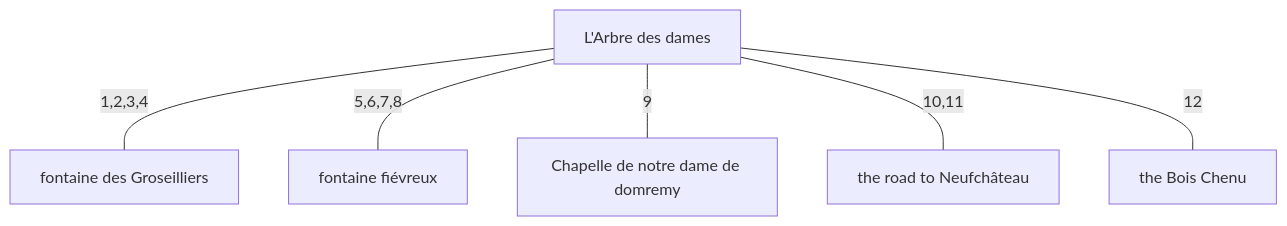
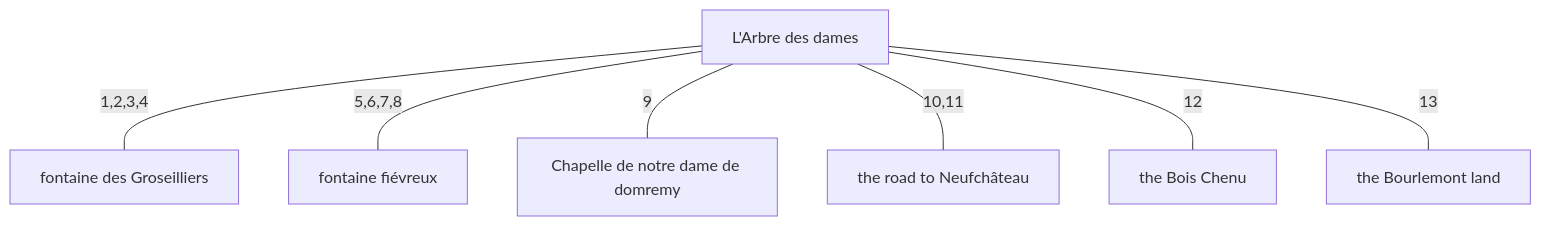
The diagram in breakout/combined.md (kitty-catt/the-location-of-the-arbre-des-dames-and-the-spring-of-joan-of-arc), drawn with Mermaid before and after one commit. The commit also changed other lines of this file and 2 other files, not shown here.

````diff
--- a/breakout/combined.md
+++ b/breakout/combined.md
@@ -20,15 +21,17 @@
 ```mermaid
 graph TD
     N1["L'Arbre des dames"]
     N2["Chapelle de notre dame de domremy"]
     N5["fontaine fiévreux"]
     N6["fontaine des Groseilliers"]
     N7["the road to Neufchâteau"]
     N11["the Bois Chenu"]
+    N15["the Bourlemont land"]
 
     N1 -- "1,2,3,4" --- N6
     N1 -- "5,6,7,8" --- N5
     N1 -- "9" --- N2
     N1 -- "10,11" --- N7
     N1 -- "12" --- N11
+    N1 -- "13" --- N15
 ```
````
